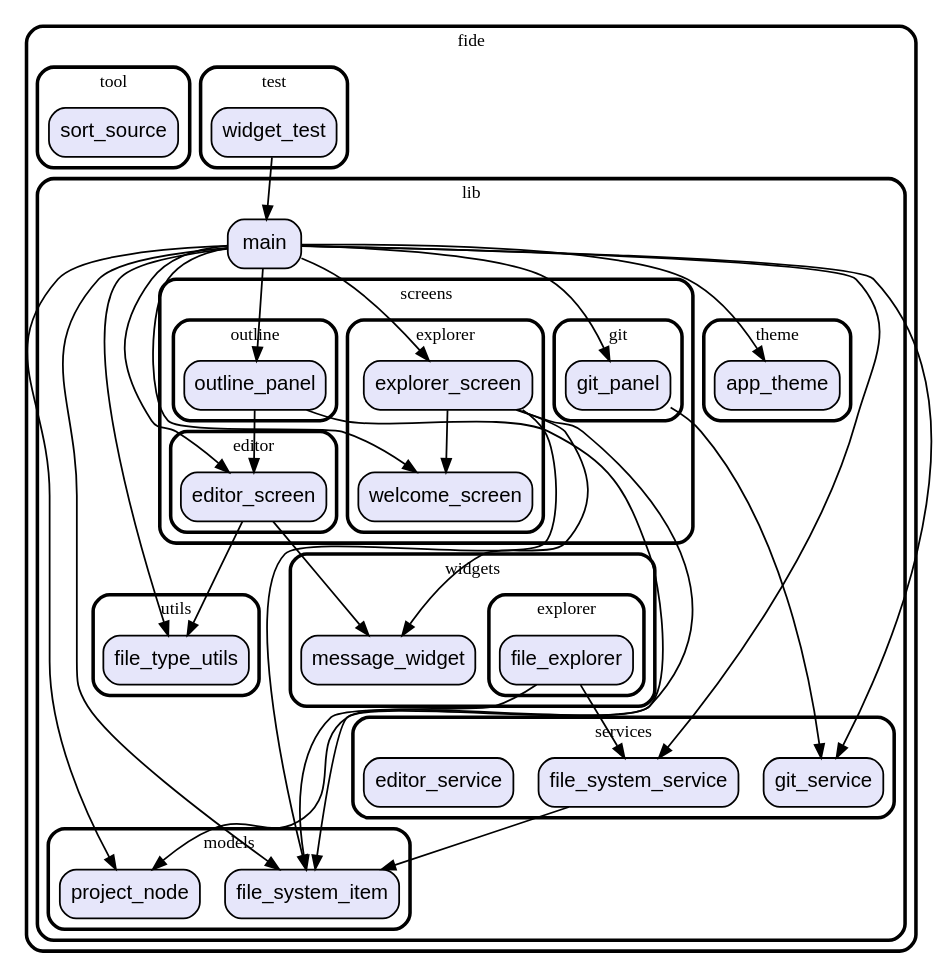
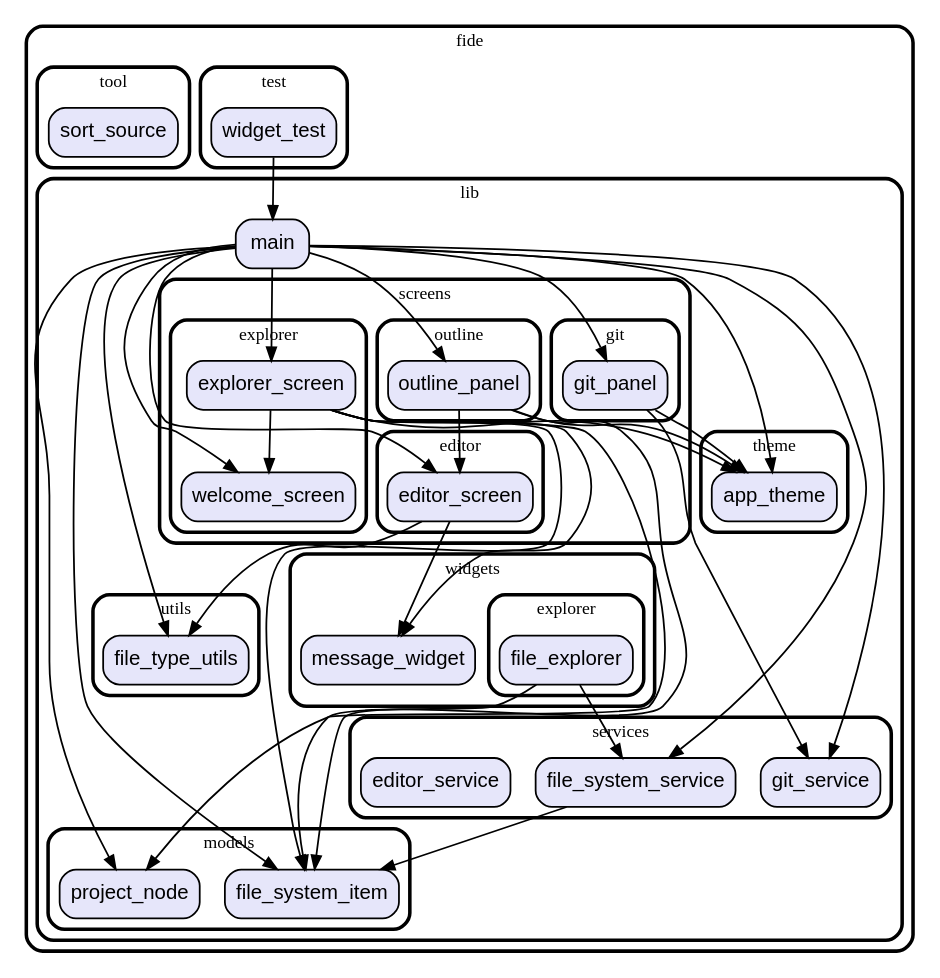
One commit to vteam-com/FIDE changed the diagram in graph.dot. Above: the diagram before and after it, drawn with Graphviz. The commit also changed 5 other files, not shown here.

Commit message:
AppTheme.sidePanelBackground

```diff
--- a/graph.dot
+++ b/graph.dot
@@ -1,108 +1,111 @@
 digraph "" {
   graph [style=rounded fontname="Arial Black" fontsize=13 penwidth=2.6];
   node [shape=rect style="filled,rounded" fontname=Arial fontsize=15 fillcolor=Lavender penwidth=1.3];
   edge [penwidth=1.3];
   "/test/widget_test.dart" [label="widget_test"];
   "/lib/utils/file_type_utils.dart" [label="file_type_utils"];
   "/lib/models/project_node.dart" [label="project_node"];
   "/lib/models/file_system_item.dart" [label="file_system_item"];
   "/lib/screens/explorer/explorer_screen.dart" [label="explorer_screen"];
   "/lib/screens/explorer/welcome_screen.dart" [label="welcome_screen"];
   "/lib/screens/outline/outline_panel.dart" [label="outline_panel"];
   "/lib/screens/editor/editor_screen.dart" [label="editor_screen"];
   "/lib/screens/git/git_panel.dart" [label="git_panel"];
   "/lib/main.dart" [label="main"];
   "/lib/theme/app_theme.dart" [label="app_theme"];
   "/lib/services/git_service.dart" [label="git_service"];
   "/lib/services/file_system_service.dart" [label="file_system_service"];
   "/lib/services/editor_service.dart" [label="editor_service"];
   "/lib/widgets/explorer/file_explorer.dart" [label="file_explorer"];
   "/lib/widgets/message_widget.dart" [label="message_widget"];
   "/tool/sort_source.dart" [label="sort_source"];
   subgraph "cluster~" {
     label="fide";
     subgraph "cluster~/test" {
       label="test";
       "/test/widget_test.dart";
     }
     subgraph "cluster~/lib" {
       label="lib";
       "/lib/main.dart";
       subgraph "cluster~/lib/utils" {
         label="utils";
         "/lib/utils/file_type_utils.dart";
       }
       subgraph "cluster~/lib/models" {
         label="models";
         "/lib/models/project_node.dart";
         "/lib/models/file_system_item.dart";
       }
       subgraph "cluster~/lib/screens" {
         label="screens";
         subgraph "cluster~/lib/screens/explorer" {
           label="explorer";
           "/lib/screens/explorer/explorer_screen.dart";
           "/lib/screens/explorer/welcome_screen.dart";
         }
         subgraph "cluster~/lib/screens/outline" {
           label="outline";
           "/lib/screens/outline/outline_panel.dart";
         }
         subgraph "cluster~/lib/screens/editor" {
           label="editor";
           "/lib/screens/editor/editor_screen.dart";
         }
         subgraph "cluster~/lib/screens/git" {
           label="git";
           "/lib/screens/git/git_panel.dart";
         }
       }
       subgraph "cluster~/lib/theme" {
         label="theme";
         "/lib/theme/app_theme.dart";
       }
       subgraph "cluster~/lib/services" {
         label="services";
         "/lib/services/git_service.dart";
         "/lib/services/file_system_service.dart";
         "/lib/services/editor_service.dart";
       }
       subgraph "cluster~/lib/widgets" {
         label="widgets";
         "/lib/widgets/message_widget.dart";
         subgraph "cluster~/lib/widgets/explorer" {
           label="explorer";
           "/lib/widgets/explorer/file_explorer.dart";
         }
       }
     }
     subgraph "cluster~/tool" {
       label="tool";
       "/tool/sort_source.dart";
     }
   }
   "/test/widget_test.dart" -> "/lib/main.dart";
   "/lib/screens/explorer/explorer_screen.dart" -> "/lib/models/project_node.dart";
   "/lib/screens/explorer/explorer_screen.dart" -> "/lib/models/file_system_item.dart";
   "/lib/screens/explorer/explorer_screen.dart" -> "/lib/widgets/message_widget.dart";
   "/lib/screens/explorer/explorer_screen.dart" -> "/lib/screens/explorer/welcome_screen.dart";
+  "/lib/screens/explorer/explorer_screen.dart" -> "/lib/theme/app_theme.dart";
+  "/lib/screens/outline/outline_panel.dart" -> "/lib/theme/app_theme.dart";
   "/lib/screens/outline/outline_panel.dart" -> "/lib/models/file_system_item.dart";
   "/lib/screens/outline/outline_panel.dart" -> "/lib/screens/editor/editor_screen.dart";
   "/lib/screens/editor/editor_screen.dart" -> "/lib/widgets/message_widget.dart";
   "/lib/screens/editor/editor_screen.dart" -> "/lib/utils/file_type_utils.dart";
+  "/lib/screens/git/git_panel.dart" -> "/lib/theme/app_theme.dart";
   "/lib/screens/git/git_panel.dart" -> "/lib/services/git_service.dart";
   "/lib/main.dart" -> "/lib/screens/explorer/explorer_screen.dart";
   "/lib/main.dart" -> "/lib/screens/explorer/welcome_screen.dart";
   "/lib/main.dart" -> "/lib/screens/editor/editor_screen.dart";
   "/lib/main.dart" -> "/lib/screens/outline/outline_panel.dart";
   "/lib/main.dart" -> "/lib/screens/git/git_panel.dart";
   "/lib/main.dart" -> "/lib/services/file_system_service.dart";
   "/lib/main.dart" -> "/lib/services/git_service.dart";
   "/lib/main.dart" -> "/lib/theme/app_theme.dart";
   "/lib/main.dart" -> "/lib/models/file_system_item.dart";
   "/lib/main.dart" -> "/lib/models/project_node.dart";
   "/lib/main.dart" -> "/lib/utils/file_type_utils.dart";
   "/lib/services/file_system_service.dart" -> "/lib/models/file_system_item.dart";
   "/lib/widgets/explorer/file_explorer.dart" -> "/lib/services/file_system_service.dart";
   "/lib/widgets/explorer/file_explorer.dart" -> "/lib/models/file_system_item.dart";
 }
```
